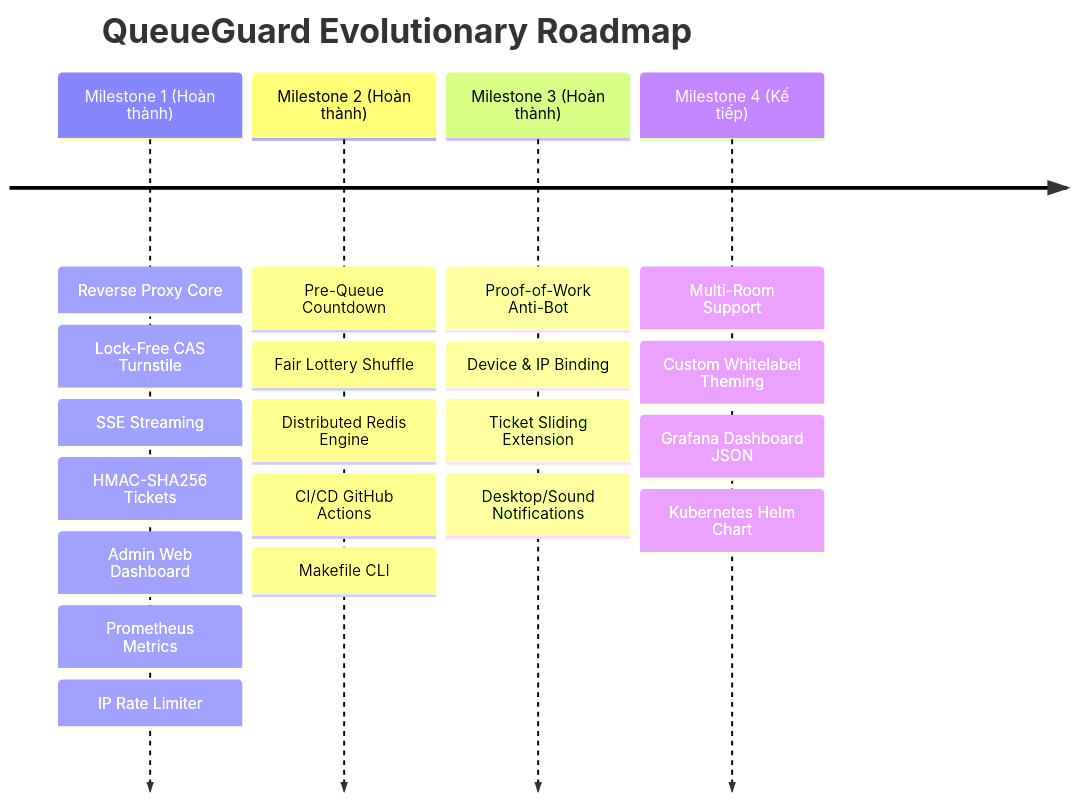
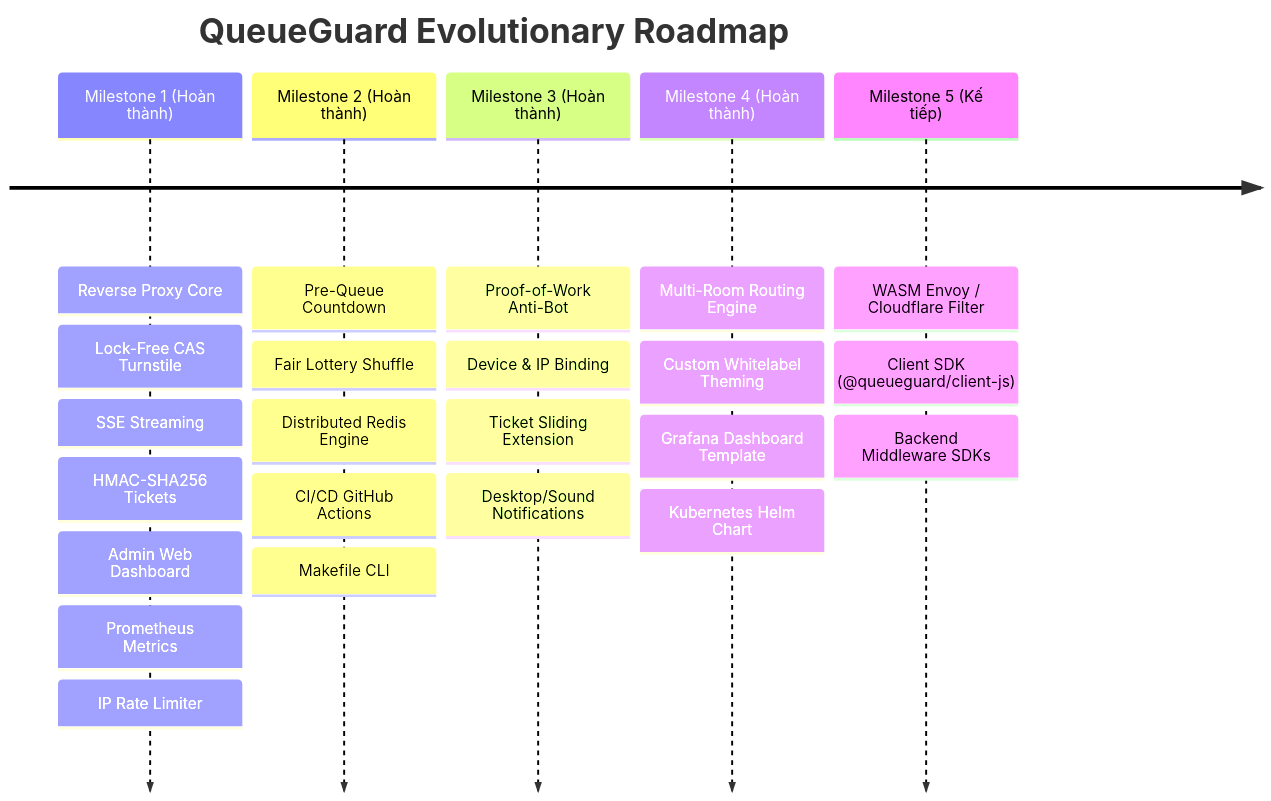
Before and after one commit to Loccao102/Queueguard: the diagram in develop.md, drawn with Mermaid. The commit also changed other lines of this file and 25 other files, not shown here.

Commit message:
feat: add multi-room routing engine, whitelabel theming, grafana dashboard, and helm chart

````diff
--- a/develop.md
+++ b/develop.md
@@ -125,24 +126,27 @@
 ```mermaid
 timeline
     title QueueGuard Evolutionary Roadmap
     Milestone 1 (Hoàn thành) : Reverse Proxy Core
                              : Lock-Free CAS Turnstile
                              : SSE Streaming
                              : HMAC-SHA256 Tickets
                              : Admin Web Dashboard
                              : Prometheus Metrics
                              : IP Rate Limiter
     Milestone 2 (Hoàn thành) : Pre-Queue Countdown
                              : Fair Lottery Shuffle
                              : Distributed Redis Engine
                              : CI/CD GitHub Actions
                              : Makefile CLI
     Milestone 3 (Hoàn thành) : Proof-of-Work Anti-Bot
                              : Device & IP Binding
                              : Ticket Sliding Extension
                              : Desktop/Sound Notifications
-    Milestone 4 (Kế tiếp)    : Multi-Room Support
+    Milestone 4 (Hoàn thành) : Multi-Room Routing Engine
                              : Custom Whitelabel Theming
-                             : Grafana Dashboard JSON
+                             : Grafana Dashboard Template
                              : Kubernetes Helm Chart
+    Milestone 5 (Kế tiếp)    : WASM Envoy / Cloudflare Filter
+                             : Client SDK (@queueguard/client-js)
+                             : Backend Middleware SDKs
 ```
````
